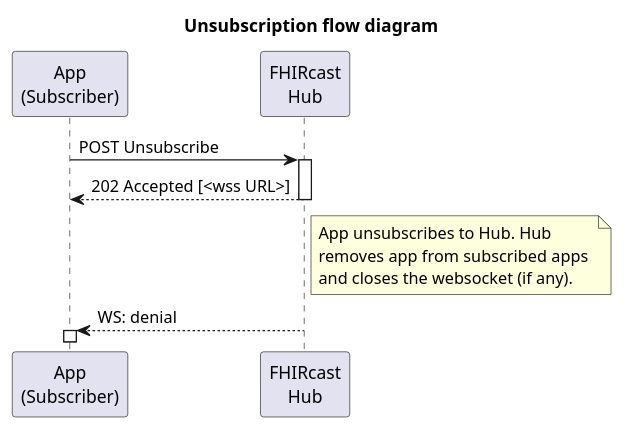
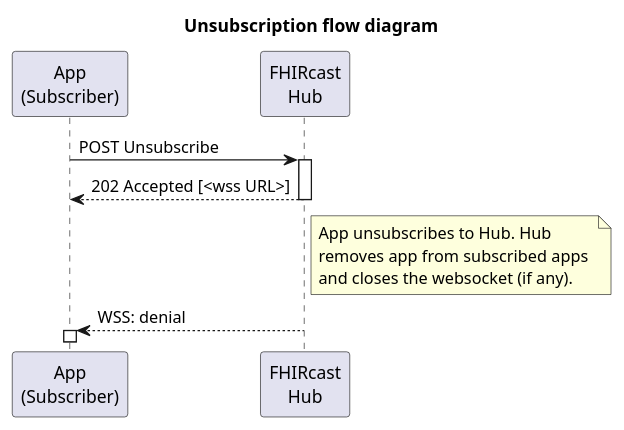
The diagram in input/images-source/UnsubscriptionSequence.plantuml (HL7/fhircast-docs), drawn with PlantUML before and after one commit. The commit also changed 3 other files, not shown here.

Commit message:
Update sequence diagrams for consistency and clarity of event sequence

```diff
--- a/input/images-source/UnsubscriptionSequence.plantuml
+++ b/input/images-source/UnsubscriptionSequence.plantuml
@@ -1,19 +1,19 @@
 @startuml
 
 title Unsubscription flow diagram
 
 participant "App\n(Subscriber)" as Subscriber
 participant "FHIRcast\nHub" as Hub
 
 Subscriber -> Hub++: POST Unsubscribe
 Subscriber <-- Hub--: 202 Accepted [<wss URL>]
 
 note right of Hub
     App unsubscribes to Hub. Hub 
     removes app from subscribed apps 
     and closes the websocket (if any).
 end note
 
-Hub --> Subscriber++: WS: denial
+Hub --> Subscriber++: WSS: denial
 
 @enduml
```
